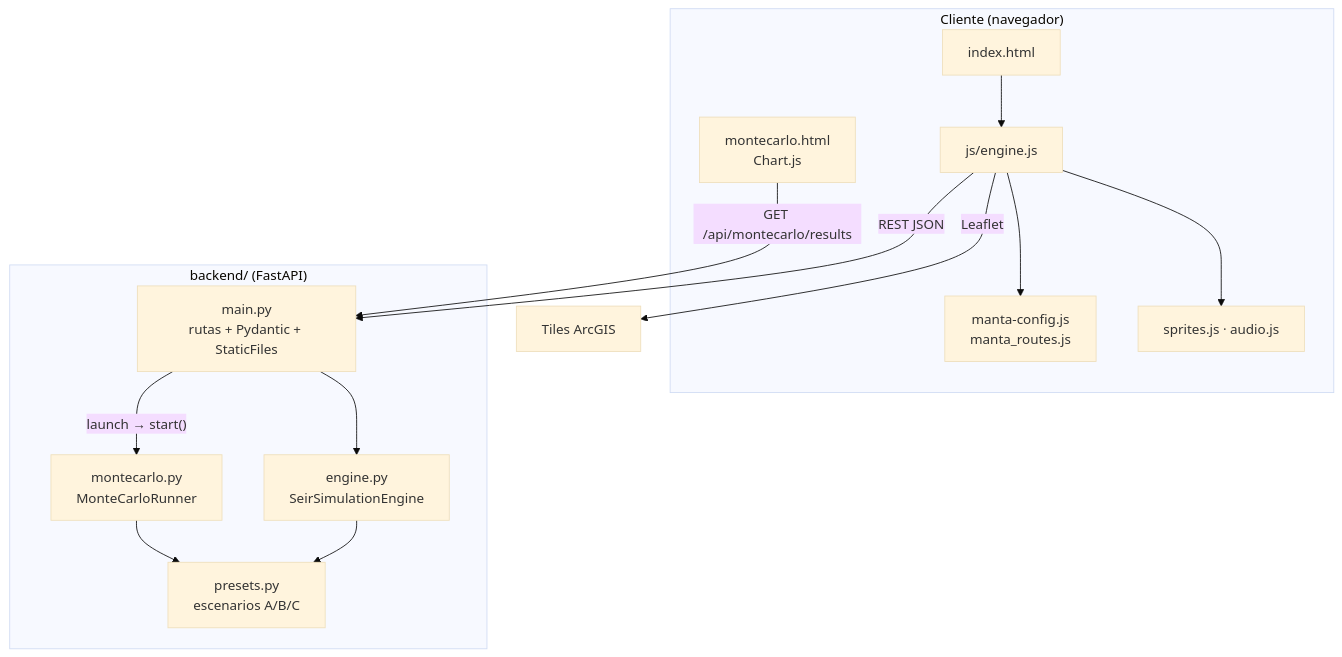
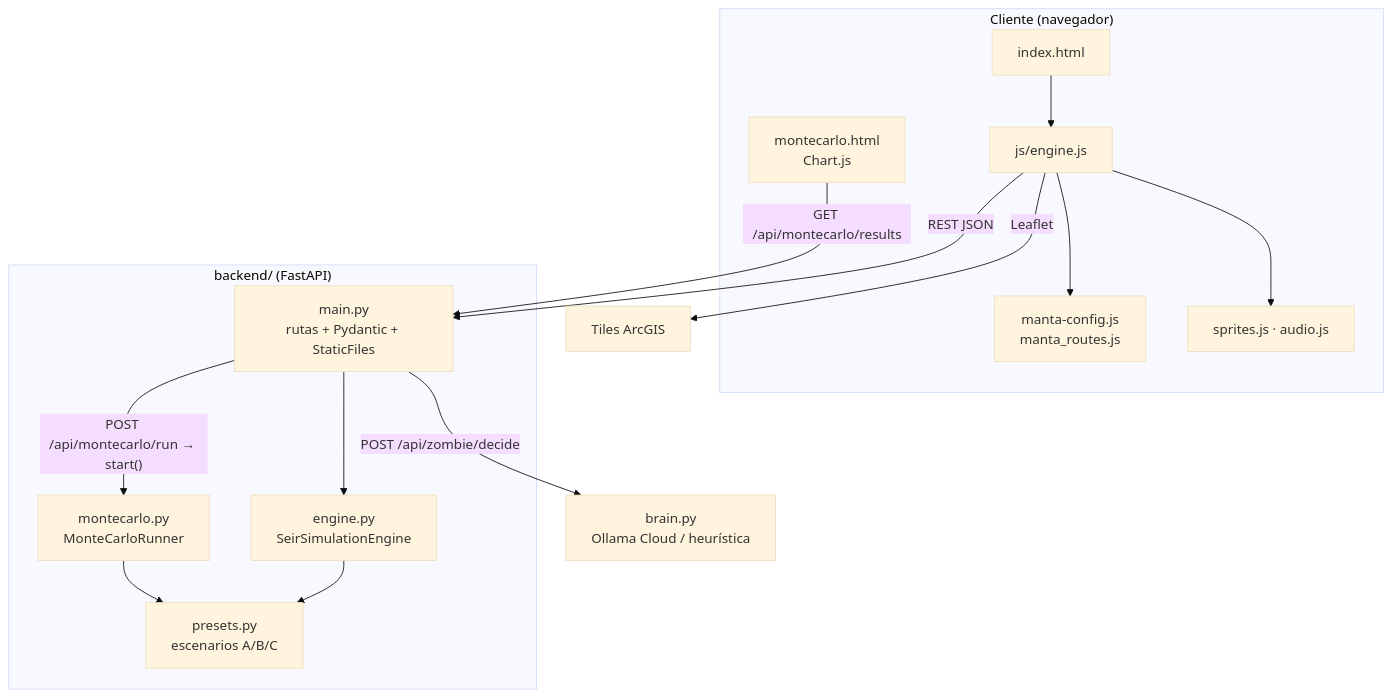
Before and after one commit to Dass-19/bottitos-spookython: the second of 3 diagrams in docs/arquitectura.md, drawn with Mermaid (base theme). The commit also changed other lines of this file and 28 other files, not shown here.

````diff
--- a/docs/arquitectura.md
+++ b/docs/arquitectura.md
@@ -77,30 +77,31 @@
 ```mermaid
 graph TB
     subgraph Client["Cliente (navegador)"]
         HTML["index.html"]
         JS["js/engine.js"]
         CFG["manta-config.js<br/>manta_routes.js"]
         SPR["sprites.js · audio.js"]
         MCH["montecarlo.html<br/>Chart.js"]
     end
 
     subgraph Server["backend/ (FastAPI)"]
         MAIN["main.py<br/>rutas + Pydantic + StaticFiles"]
         ENG["engine.py<br/>SeirSimulationEngine"]
         MC["montecarlo.py<br/>MonteCarloRunner"]
         PRE["presets.py<br/>escenarios A/B/C"]
     end
 
     TILES["Tiles ArcGIS"]
 
     HTML --> JS
     JS --> CFG
     JS --> SPR
     JS -->|"REST JSON"| MAIN
     JS -->|"Leaflet"| TILES
     MCH -->|"GET /api/montecarlo/results"| MAIN
     MAIN --> ENG
-    MAIN -->|"launch → start()"| MC
+    MAIN -->|"POST /api/montecarlo/run → start()"| MC
+    MAIN -->|"POST /api/zombie/decide"| BR["brain.py<br/>Ollama Cloud / heurística"]
     ENG --> PRE
     MC --> PRE
 ```
````
